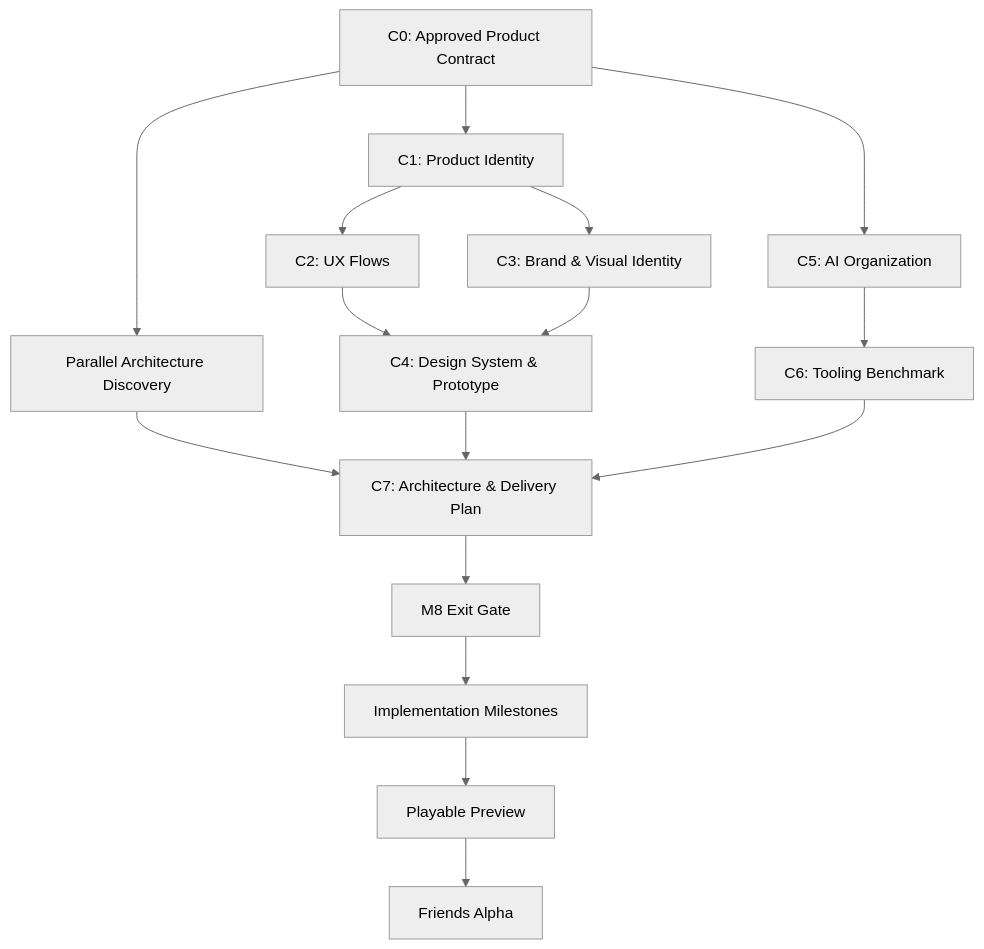
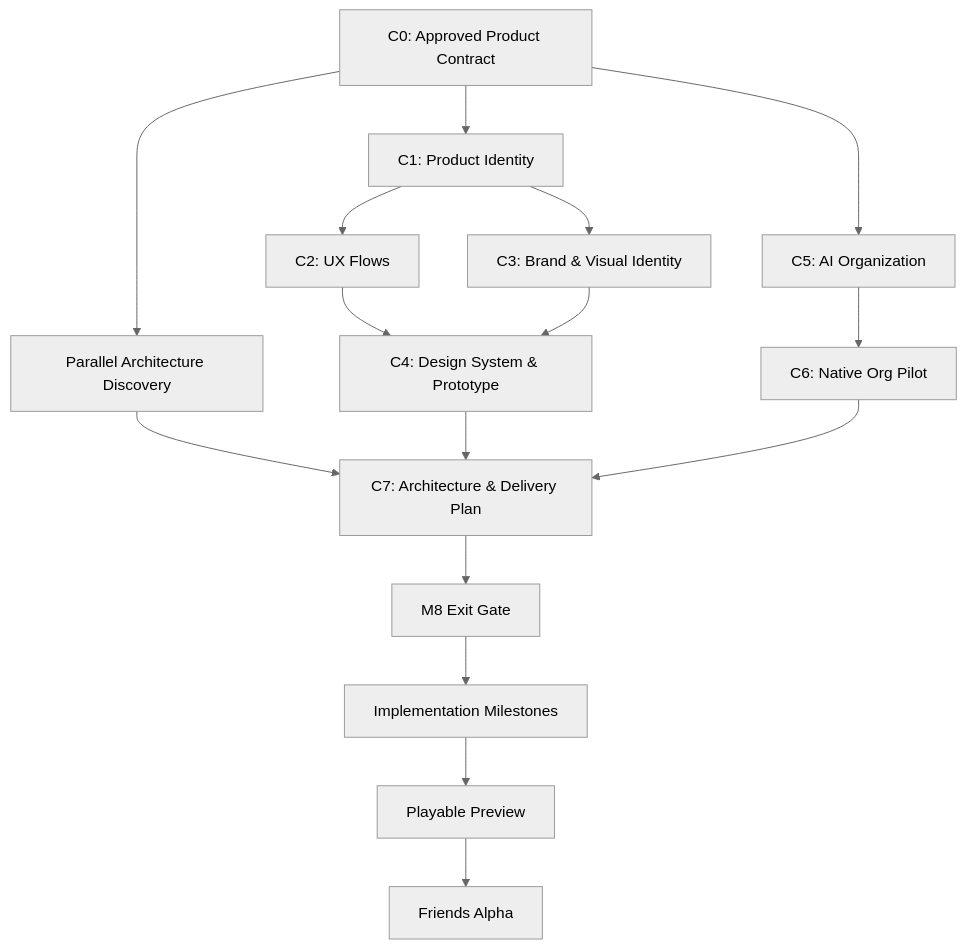
The diagram in docs/milestones/M8_PLAN.md (zivstein/go-poker), drawn with Mermaid (neutral theme) before and after one commit. The commit also changed other lines of this file and 13 other files, not shown here.

````diff
--- a/docs/milestones/M8_PLAN.md
+++ b/docs/milestones/M8_PLAN.md
@@ -28,31 +28,31 @@
 ```mermaid
 flowchart TD
     C0["C0: Approved Product Contract"]
     C1["C1: Product Identity"]
     C2["C2: UX Flows"]
     C3["C3: Brand & Visual Identity"]
     C4["C4: Design System & Prototype"]
     C5["C5: AI Organization"]
-    C6["C6: Tooling Benchmark"]
+    C6["C6: Native Org Pilot"]
     A["Parallel Architecture Discovery"]
     C7["C7: Architecture & Delivery Plan"]
     G["M8 Exit Gate"]
     I["Implementation Milestones"]
     P["Playable Preview"]
     F["Friends Alpha"]
     C0 --> C1
     C0 --> C5
     C0 --> A
     C1 --> C2
     C1 --> C3
     C2 --> C4
     C3 --> C4
     C5 --> C6
     A --> C7
     C4 --> C7
     C6 --> C7
     C7 --> G
     G --> I
     I --> P
     P --> F
 ```
````
